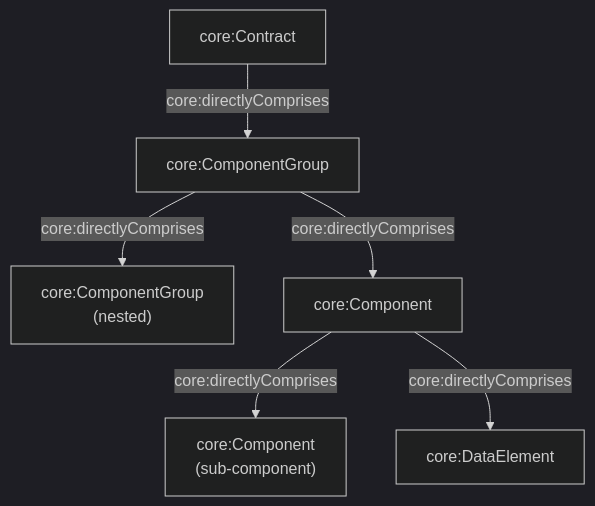
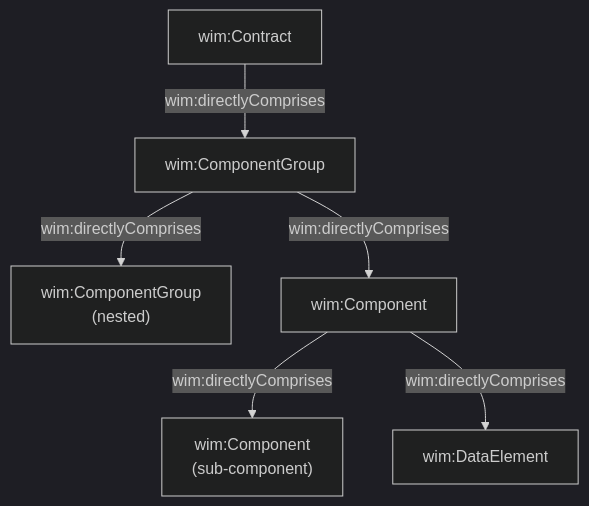
Before and after one commit to nebularis/open-cbaa: diagram 12 of 52 in docs/architecture.md, drawn with Mermaid (dark theme). The commit also changed other lines of this file and 44 other files, not shown here.

````diff
--- a/docs/architecture.md
+++ b/docs/architecture.md
@@ -325,8 +326,8 @@
 ```mermaid
 flowchart TB
-    CON["core:Contract"] -->|"core:directlyComprises"| CGP["core:ComponentGroup"]
-    CGP -->|"core:directlyComprises"| CGP2["core:ComponentGroup<br/>(nested)"]
-    CGP -->|"core:directlyComprises"| CMP["core:Component"]
-    CMP -->|"core:directlyComprises"| CMP2["core:Component<br/>(sub-component)"]
-    CMP -->|"core:directlyComprises"| DE["core:DataElement"]
+    CON["wim:Contract"] -->|"wim:directlyComprises"| CGP["wim:ComponentGroup"]
+    CGP -->|"wim:directlyComprises"| CGP2["wim:ComponentGroup<br/>(nested)"]
+    CGP -->|"wim:directlyComprises"| CMP["wim:Component"]
+    CMP -->|"wim:directlyComprises"| CMP2["wim:Component<br/>(sub-component)"]
+    CMP -->|"wim:directlyComprises"| DE["wim:DataElement"]
 ```
````
